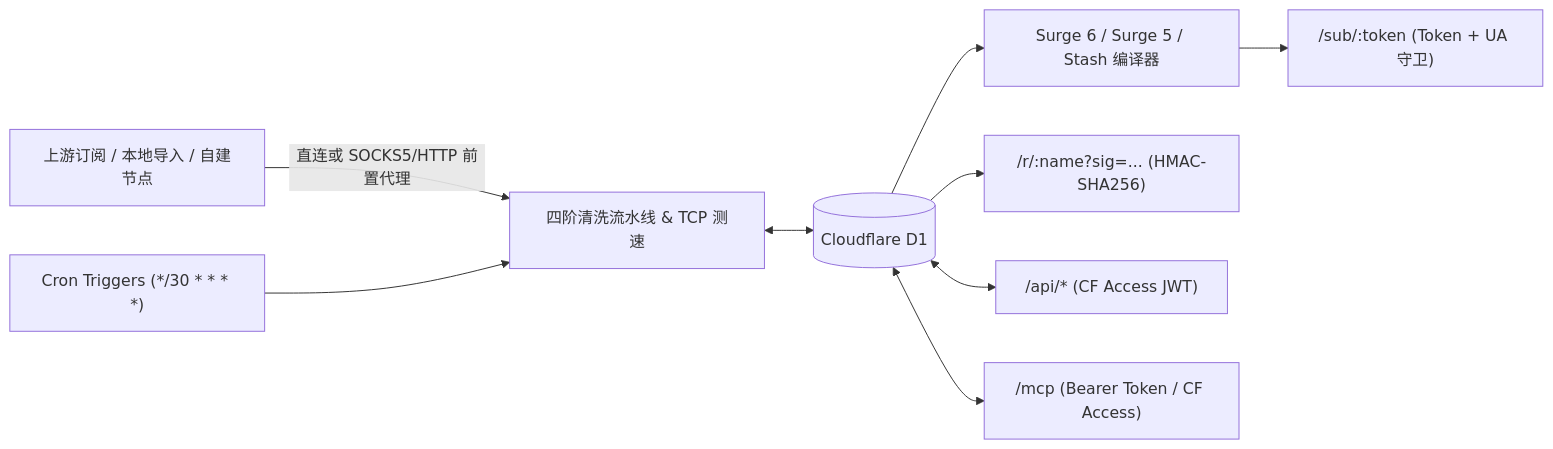
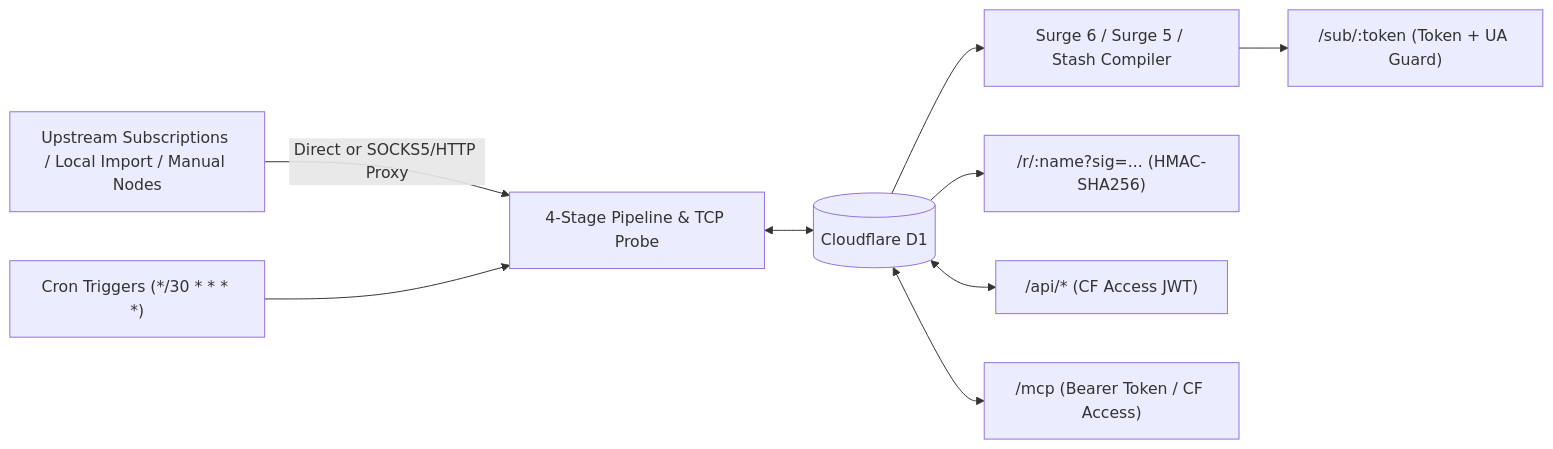
One commit to skyf0cker/tower changed the diagram in README.md. Above: the diagram before and after it, drawn with Mermaid. The commit also changed other lines of this file and 1 other file, not shown here.

````diff
--- a/README.md
+++ b/README.md
@@ -32,11 +34,11 @@
 ```mermaid
 flowchart LR
-  Up["上游订阅 / 本地导入 / 自建节点"] -->|"直连或 SOCKS5/HTTP 前置代理"| Pipe["四阶清洗流水线 & TCP 测速"]
+  Up["Upstream Subscriptions / Local Import / Manual Nodes"] -->|"Direct or SOCKS5/HTTP Proxy"| Pipe["4-Stage Pipeline & TCP Probe"]
   Cron["Cron Triggers (*/30 * * * *)"] --> Pipe
   Pipe <--> D1[("Cloudflare D1")]
-  D1 --> Compiler["Surge 6 / Surge 5 / Stash 编译器"]
-  Compiler --> Sub["/sub/:token (Token + UA 守卫)"]
+  D1 --> Compiler["Surge 6 / Surge 5 / Stash Compiler"]
+  Compiler --> Sub["/sub/:token (Token + UA Guard)"]
   D1 --> Ruleset["/r/:name?sig=... (HMAC-SHA256)"]
   D1 <--> Api["/api/* (CF Access JWT)"]
   D1 <--> Mcp["/mcp (Bearer Token / CF Access)"]
 ```
````
